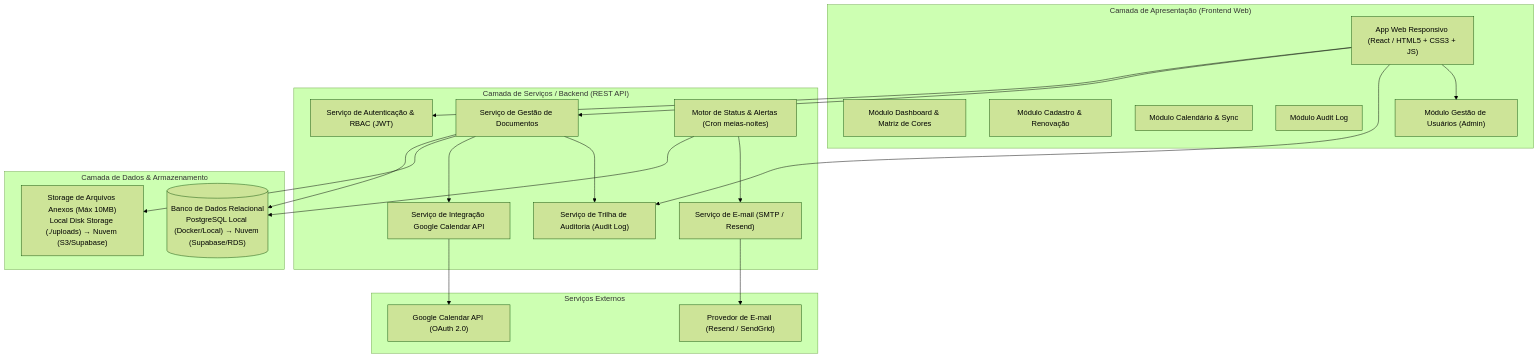
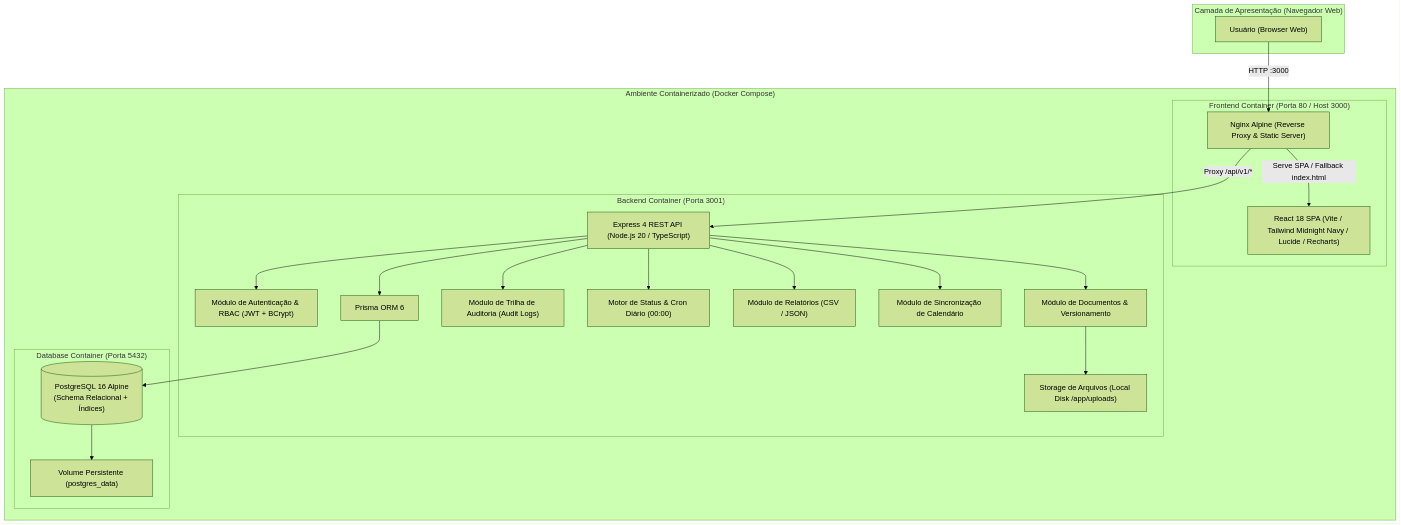
The first of 4 diagrams in docs/ARCHITECTURE.md (anmarfp/ObDocs), drawn with Mermaid (forest theme) before and after one commit. The commit also changed other lines of this file and 1 other file, not shown here.

Commit message:
docs: atualizar PRD e ARCHITECTURE para refletir a conclusao da Fase 4 e a entrega do sistema

````diff
--- a/docs/ARCHITECTURE.md
+++ b/docs/ARCHITECTURE.md
@@ -18,46 +18,44 @@
 ```mermaid
-graph TD
-    subgraph "Camada de Apresentação (Frontend Web)"
-        UI["App Web Responsivo (React / HTML5 + CSS3 + JS)"]
-        Dashboard["Módulo Dashboard & Matriz de Cores"]
-        FormDoc["Módulo Cadastro & Renovação"]
-        CalendarView["Módulo Calendário & Sync"]
-        AuditView["Módulo Audit Log"]
-        UserMgmt["Módulo Gestão de Usuários (Admin)"]
+flowchart TD
+    subgraph Client ["Camada de Apresentação (Navegador Web)"]
+        Browser["Usuário (Browser Web)"]
     end
 
-    subgraph "Camada de Serviços / Backend (REST API)"
-        AuthService["Serviço de Autenticação & RBAC (JWT)"]
-        DocService["Serviço de Gestão de Documentos"]
-        RuleEngine["Motor de Status & Alertas (Cron meias-noites)"]
-        AuditService["Serviço de Trilha de Auditoria (Audit Log)"]
-        NotificationService["Serviço de E-mail (SMTP / Resend)"]
-        GCalService["Serviço de Integração Google Calendar API"]
+    subgraph DockerEnv ["Ambiente Containerizado (Docker Compose)"]
+        subgraph FrontendBox ["Frontend Container (Porta 80 / Host 3000)"]
+            Nginx["Nginx Alpine (Reverse Proxy & Static Server)"]
+            SPA["React 18 SPA (Vite / Tailwind Midnight Navy / Lucide / Recharts)"]
+        end
+
+        subgraph BackendBox ["Backend Container (Porta 3001)"]
+            Express["Express 4 REST API (Node.js 20 / TypeScript)"]
+            AuthModule["Módulo de Autenticação & RBAC (JWT + BCrypt)"]
+            DocModule["Módulo de Documentos & Versionamento"]
+            AuditModule["Módulo de Trilha de Auditoria (Audit Logs)"]
+            StatusModule["Motor de Status & Cron Diário (00:00)"]
+            ReportModule["Módulo de Relatórios (CSV / JSON)"]
+            GCalModule["Módulo de Sincronização de Calendário"]
+            Storage["Storage de Arquivos (Local Disk /app/uploads)"]
+            Prisma["Prisma ORM 6"]
+        end
+
+        subgraph DBBox ["Database Container (Porta 5432)"]
+            PostgreSQL[("PostgreSQL 16 Alpine\n(Schema Relacional + Índices)")]
+            PGVolume["Volume Persistente (postgres_data)"]
+        end
     end
 
-    subgraph "Camada de Dados & Armazenamento"
-        Database[("Banco de Dados Relacional\nPostgreSQL Local (Docker/Local) → Nuvem (Supabase/RDS)")]
-        FileStorage["Storage de Arquivos Anexos (Máx 10MB)\nLocal Disk Storage (./uploads) → Nuvem (S3/Supabase)"]
-    end
-
-    subgraph "Serviços Externos"
-        GCal["Google Calendar API (OAuth 2.0)"]
-        EmailGateway["Provedor de E-mail (Resend / SendGrid)"]
-    end
-
-    UI --> AuthService
-    UI --> DocService
-    UI --> AuditService
-    UI --> UserMgmt
-
-    DocService --> Database
-    DocService --> FileStorage
-    DocService --> GCalService
-    DocService --> AuditService
-
-    RuleEngine --> Database
-    RuleEngine --> NotificationService
-
-    GCalService --> GCal
-    NotificationService --> EmailGateway
+    Browser -->|HTTP :3000| Nginx
+    Nginx -->|Serve SPA / Fallback index.html| SPA
+    Nginx -->|Proxy /api/v1/*| Express
+    Express --> AuthModule
+    Express --> DocModule
+    Express --> AuditModule
+    Express --> StatusModule
+    Express --> ReportModule
+    Express --> GCalModule
+    DocModule --> Storage
+    Express --> Prisma
+    Prisma --> PostgreSQL
+    PostgreSQL --> PGVolume
 ```
````
